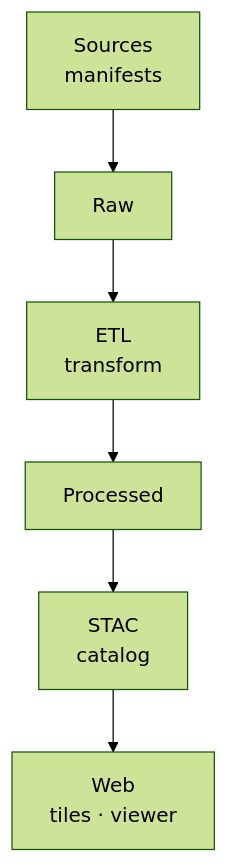
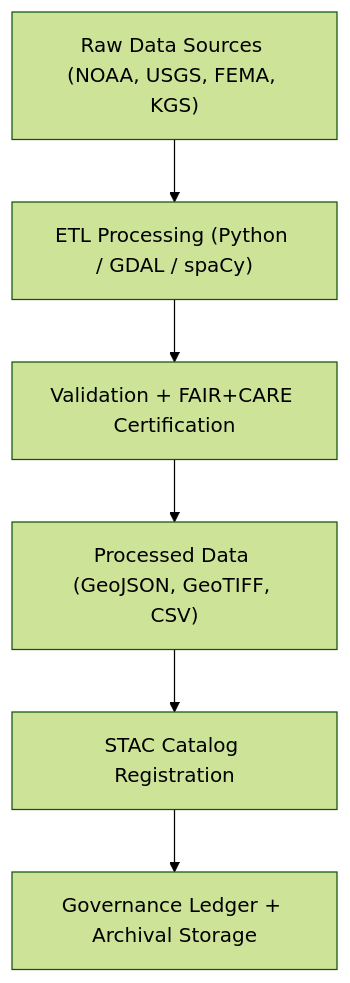
One commit to bartytime4life/Kansas-Frontier-Matrix changed the third of 3 diagrams in docs/architecture/diagrams/templates/README.md. Above: the diagram before and after it, drawn with Mermaid (forest theme). The commit also changed other lines of this file, not shown here.

````diff
--- a/docs/architecture/diagrams/templates/README.md
+++ b/docs/architecture/diagrams/templates/README.md
@@ -208,12 +129,16 @@
-```mermaid
-%%----------------------------------------------------------
-%% KFM — Pipeline Overview Template
-%% License: CC-BY 4.0 | Author: KFM Data Team
-%%----------------------------------------------------------
+```mmd
+%%---
+%% title: "ETL Pipeline Overview"
+%% author: "@kfm-architecture"
+%% version: "v2.1.1"
+%% description: "Illustrates how data moves through ETL stages under FAIR+CARE validation."
+%% license: "CC-BY 4.0"
+%%---
+
 flowchart TD
-  SRC["Sources\nmanifests"] --> RAW["Raw"]
-  RAW --> ETL["ETL\ntransform"]
-  ETL --> PROC["Processed"]
-  PROC --> STAC["STAC\ncatalog"]
-  STAC --> WEB["Web\ntiles · viewer"]
+  A["Raw Data Sources (NOAA, USGS, FEMA, KGS)"] --> B["ETL Processing (Python / GDAL / spaCy)"]
+  B --> C["Validation + FAIR+CARE Certification"]
+  C --> D["Processed Data (GeoJSON, GeoTIFF, CSV)"]
+  D --> E["STAC Catalog Registration"]
+  E --> F["Governance Ledger + Archival Storage"]
 ```
````
